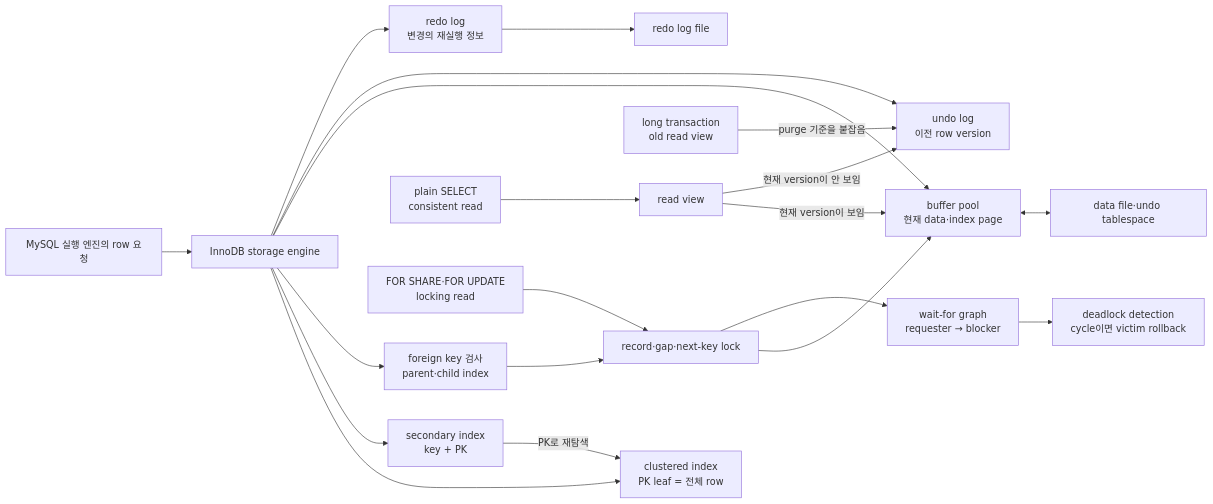
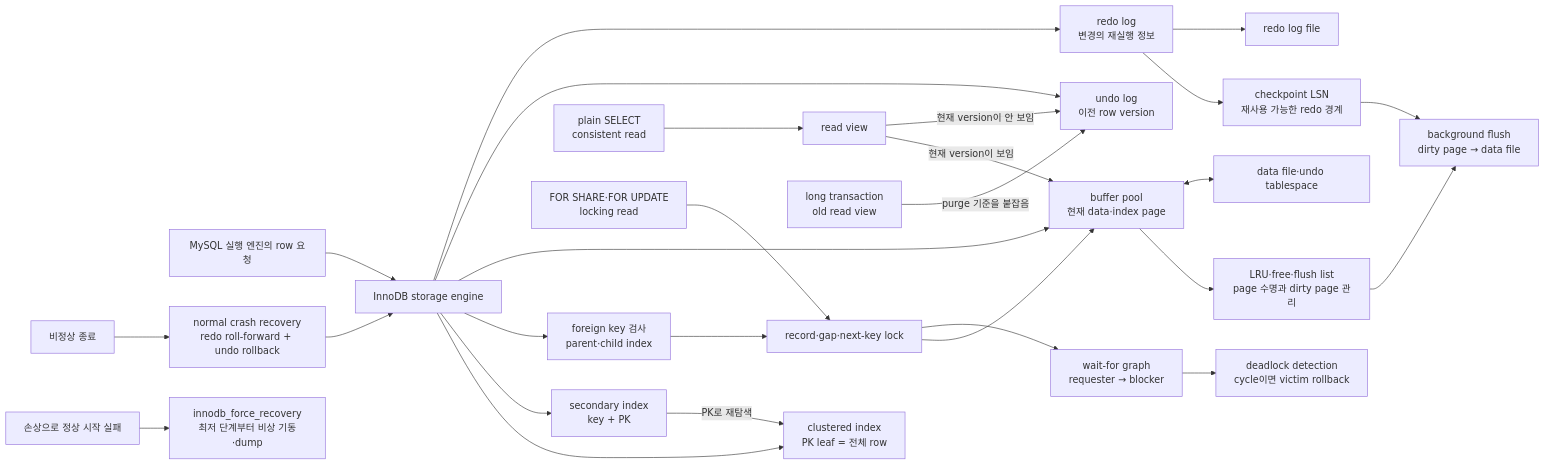
Before and after one commit to Hoya324/study-cs-obsidian: the first of 16 diagrams in 06-sources/reading-notes/real-mysql-8-0-1/04-아키텍쳐/4.2 InnoDB 스토리지 엔진 아키텍쳐.md, drawn with Mermaid. The commit also changed other lines of this file and 2 other files, not shown here.

Commit message:
study: add InnoDB recovery and buffer pool internals

````diff
--- a/06-sources/reading-notes/real-mysql-8-0-1/04-아키텍쳐/4.2 InnoDB 스토리지 엔진 아키텍쳐.md
+++ b/06-sources/reading-notes/real-mysql-8-0-1/04-아키텍쳐/4.2 InnoDB 스토리지 엔진 아키텍쳐.md
@@ -33,22 +33,29 @@
 ```mermaid
 flowchart LR
     SQL["MySQL 실행 엔진의 row 요청"] --> INNO["InnoDB storage engine"]
     INNO --> CI["clustered index<br/>PK leaf = 전체 row"]
     INNO --> SI["secondary index<br/>key + PK"]
     SI -->|"PK로 재탐색"| CI
     INNO --> FK["foreign key 검사<br/>parent·child index"]
     FK --> LOCK["record·gap·next-key lock"]
     INNO --> BP["buffer pool<br/>현재 data·index page"]
     INNO --> UNDO["undo log<br/>이전 row version"]
     INNO --> REDO["redo log<br/>변경의 재실행 정보"]
     CR["plain SELECT<br/>consistent read"] --> RV["read view"]
     RV -->|"현재 version이 보임"| BP
     RV -->|"현재 version이 안 보임"| UNDO
     LR["FOR SHARE·FOR UPDATE<br/>locking read"] --> LOCK
     LOCK --> BP
     LOCK --> WFG["wait-for graph<br/>requester → blocker"]
     WFG --> DET["deadlock detection<br/>cycle이면 victim rollback"]
     LONG["long transaction<br/>old read view"] -->|"purge 기준을 붙잡음"| UNDO
+    BP --> LIST["LRU·free·flush list<br/>page 수명과 dirty page 관리"]
+    REDO --> CKPT["checkpoint LSN<br/>재사용 가능한 redo 경계"]
+    LIST --> FLUSH["background flush<br/>dirty page → data file"]
+    CKPT --> FLUSH
+    CRASH["비정상 종료"] --> REC["normal crash recovery<br/>redo roll-forward + undo rollback"]
+    REC --> INNO
+    CORRUPT["손상으로 정상 시작 실패"] --> FORCE["innodb_force_recovery<br/>최저 단계부터 비상 기동·dump"]
     BP <--> DISK["data file·undo tablespace"]
     REDO --> LOG["redo log file"]
 ```
````
